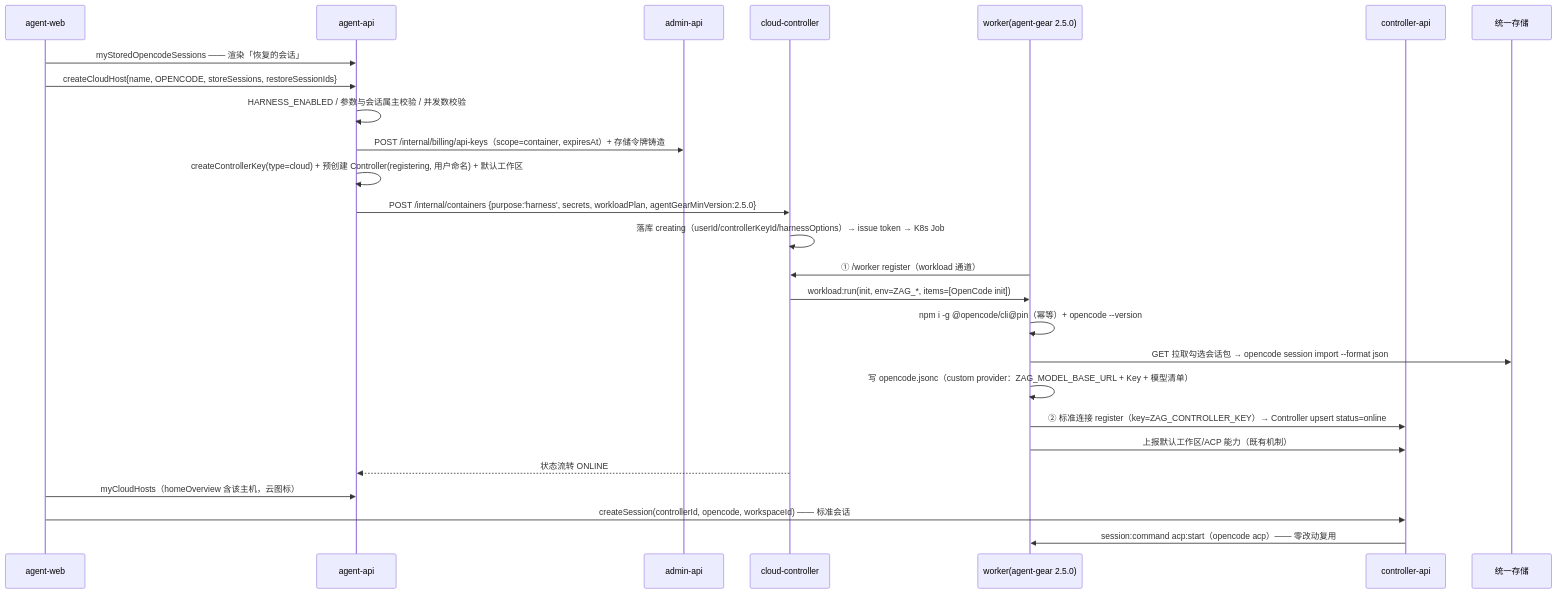
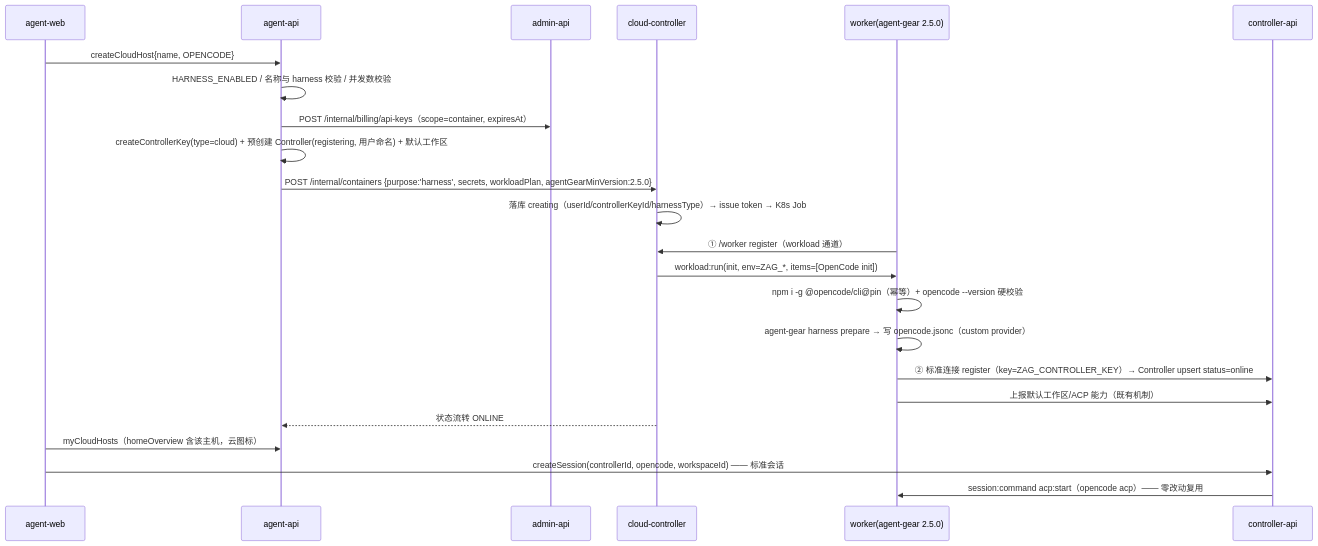
One commit to Deliay/z-agent-gear changed the third of 5 diagrams in docs/engineering/proposals/20261020-feat-container-harness-support.md. Above: the diagram before and after it, drawn with Mermaid. The commit also changed other lines of this file and 3 other files, not shown here.

````diff
--- a/docs/engineering/proposals/20261020-feat-container-harness-support.md
+++ b/docs/engineering/proposals/20261020-feat-container-harness-support.md
@@ -457,29 +352,26 @@
 ```mermaid
 sequenceDiagram
     participant AW as agent-web
     participant AA as agent-api
     participant AD as admin-api
     participant CC as cloud-controller
     participant W as worker(agent-gear 2.5.0)
     participant CA as controller-api
-    participant ST as 统一存储
 
-    AW->>AA: myStoredOpencodeSessions —— 渲染「恢复的会话」
-    AW->>AA: createCloudHost{name, OPENCODE, storeSessions, restoreSessionIds}
-    AA->>AA: HARNESS_ENABLED / 参数与会话属主校验 / 并发数校验
-    AA->>AD: POST /internal/billing/api-keys（scope=container, expiresAt）+ 存储令牌铸造
+    AW->>AA: createCloudHost{name, OPENCODE}
+    AA->>AA: HARNESS_ENABLED / 名称与 harness 校验 / 并发数校验
+    AA->>AD: POST /internal/billing/api-keys（scope=container, expiresAt）
     AA->>AA: createControllerKey(type=cloud) + 预创建 Controller(registering, 用户命名) + 默认工作区
     AA->>CC: POST /internal/containers {purpose:'harness', secrets, workloadPlan, agentGearMinVersion:2.5.0}
-    CC->>CC: 落库 creating（userId/controllerKeyId/harnessOptions）→ issue token → K8s Job
+    CC->>CC: 落库 creating（userId/controllerKeyId/harnessType）→ issue token → K8s Job
     W->>CC: ① /worker register（workload 通道）
     CC->>W: workload:run(init, env=ZAG_*, items=[OpenCode init])
-    W->>W: npm i -g @opencode/cli@pin（幂等）+ opencode --version
-    W->>ST: GET 拉取勾选会话包 → opencode session import --format json
-    W->>W: 写 opencode.jsonc（custom provider：ZAG_MODEL_BASE_URL + Key + 模型清单）
+    W->>W: npm i -g @opencode/cli@pin（幂等）+ opencode --version 硬校验
+    W->>W: agent-gear harness prepare → 写 opencode.jsonc（custom provider）
     W->>CA: ② 标准连接 register（key=ZAG_CONTROLLER_KEY）→ Controller upsert status=online
     W->>CA: 上报默认工作区/ACP 能力（既有机制）
     CC-->>AA: 状态流转 ONLINE
     AW->>AA: myCloudHosts（homeOverview 含该主机，云图标）
     AW->>CA: createSession(controllerId, opencode, workspaceId)  —— 标准会话
     CA->>W: session:command acp:start（opencode acp）—— 零改动复用
 ```
````
